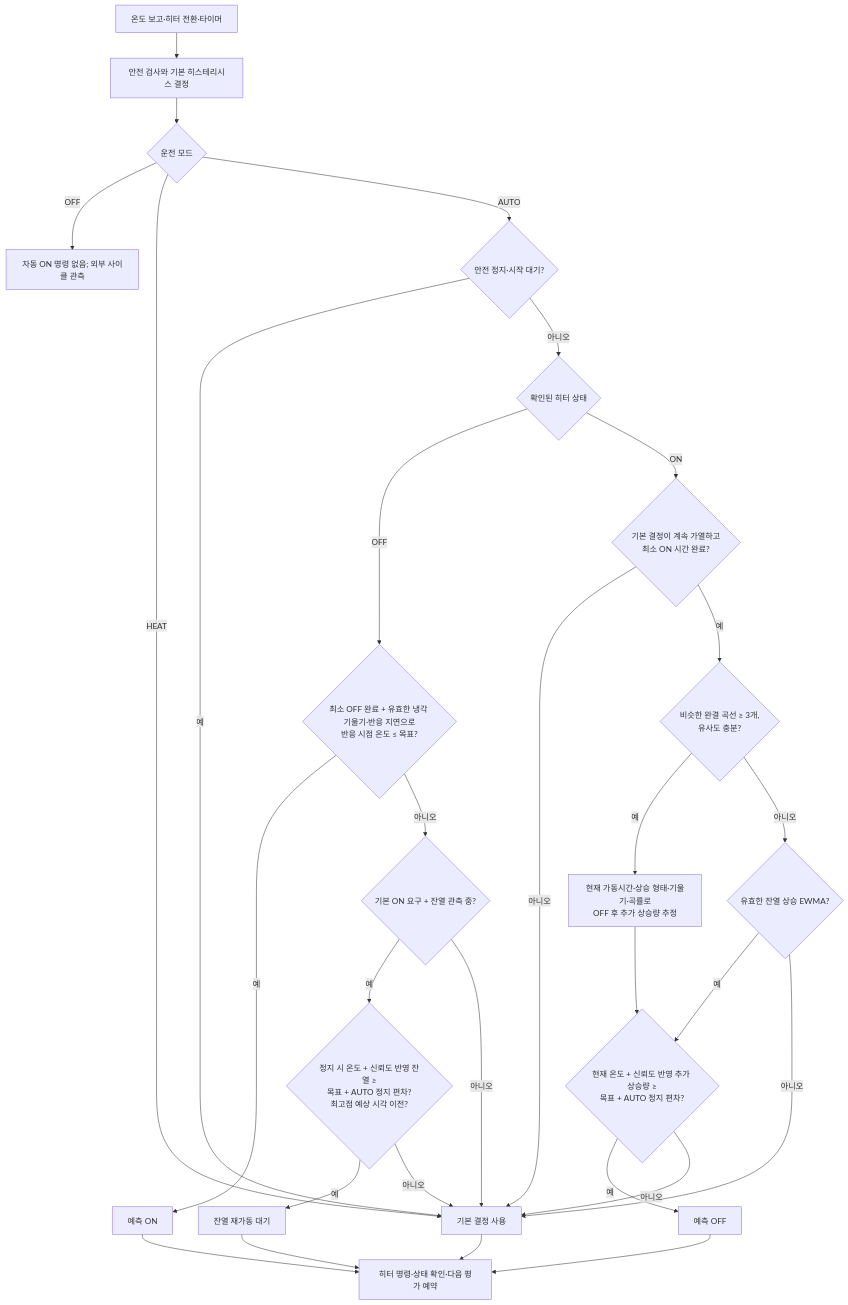
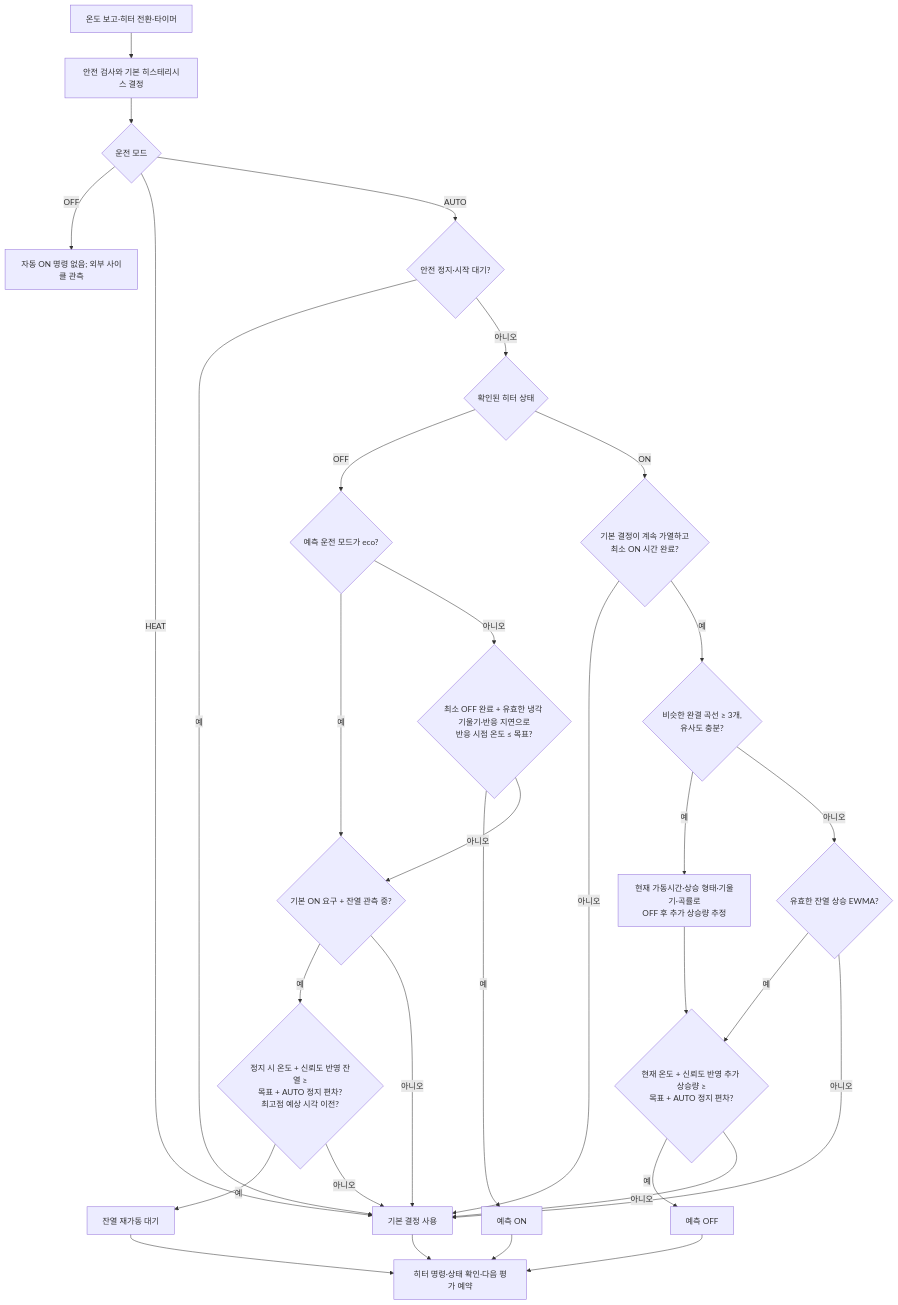
One commit to plplaaa2/adapted_climate changed the second of 2 diagrams in docs/heating_learning_and_auto_control.md. Above: the diagram before and after it, drawn with Mermaid. The commit also changed other lines of this file and 19 other files, not shown here.

````diff
--- a/docs/heating_learning_and_auto_control.md
+++ b/docs/heating_learning_and_auto_control.md
@@ -36,31 +37,33 @@
 ```mermaid
 flowchart TD
     A["온도 보고·히터 전환·타이머"] --> B["안전 검사와 기본 히스테리시스 결정"]
     B --> C{"운전 모드"}
     C -- "OFF" --> Z["자동 ON 명령 없음; 외부 사이클 관측"]
     C -- "HEAT" --> R["기본 결정 사용"]
     C -- "AUTO" --> D{"안전 정지·시작 대기?"}
     D -- "예" --> R
     D -- "아니오" --> E{"확인된 히터 상태"}
-    E -- "OFF" --> F{"최소 OFF 완료 + 유효한 냉각 기울기·반응 지연으로<br/>반응 시점 온도 ≤ 목표?"}
+    E -- "OFF" --> S{"예측 운전 모드가 eco?"}
+    S -- "예" --> G
+    S -- "아니오" --> F{"최소 OFF 완료 + 유효한 냉각 기울기·반응 지연으로<br/>반응 시점 온도 ≤ 목표?"}
     F -- "예" --> PON["예측 ON"]
     F -- "아니오" --> G{"기본 ON 요구 + 잔열 관측 중?"}
     G -- "예" --> H{"정지 시 온도 + 신뢰도 반영 잔열 ≥<br/>목표 + AUTO 정지 편차?<br/>최고점 예상 시각 이전?"}
     H -- "예" --> WAIT["잔열 재가동 대기"]
     H -- "아니오" --> R
     G -- "아니오" --> R
     E -- "ON" --> I{"기본 결정이 계속 가열하고<br/>최소 ON 시간 완료?"}
     I -- "아니오" --> R
     I -- "예" --> J{"비슷한 완결 곡선 ≥ 3개,<br/>유사도 충분?"}
     J -- "예" --> K["현재 가동시간·상승 형태·기울기·곡률로<br/>OFF 후 추가 상승량 추정"]
     J -- "아니오" --> L{"유효한 잔열 상승 EWMA?"}
     K --> M{"현재 온도 + 신뢰도 반영 추가 상승량 ≥<br/>목표 + AUTO 정지 편차?"}
     L -- "예" --> M
     L -- "아니오" --> R
     M -- "예" --> POFF["예측 OFF"]
     M -- "아니오" --> R
     PON --> Q["히터 명령·상태 확인·다음 평가 예약"]
     WAIT --> Q
     POFF --> Q
     R --> Q
 ```
````
